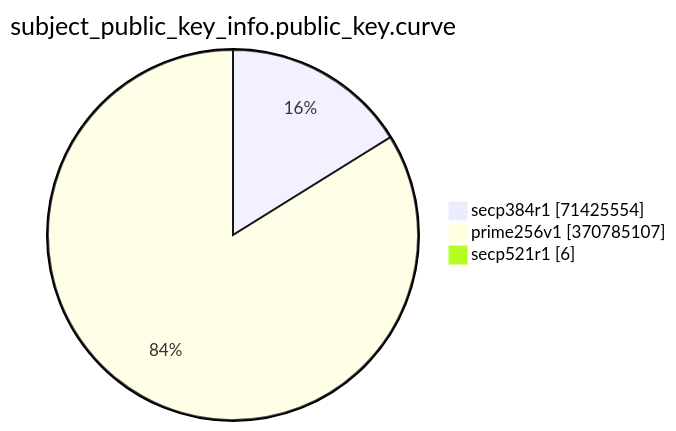
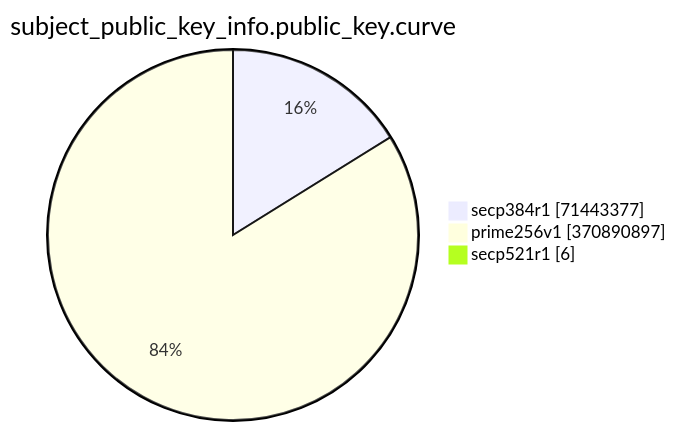
The eighth of 15 diagrams in TOTAL/README.md (christiankrug/ctmonitor_visualization), drawn with Mermaid before and after one commit. The commit also changed other lines of this file, not shown here.

````diff
--- a/TOTAL/README.md
+++ b/TOTAL/README.md
@@ -3094,7 +3094,7 @@
 ```mermaid
 pie showData
 title subject_public_key_info.public_key.curve
-"secp384r1" :71425554
-"prime256v1" :370785107
+"secp384r1" :71443377
+"prime256v1" :370890897
 "secp521r1" :6
 ```
````
